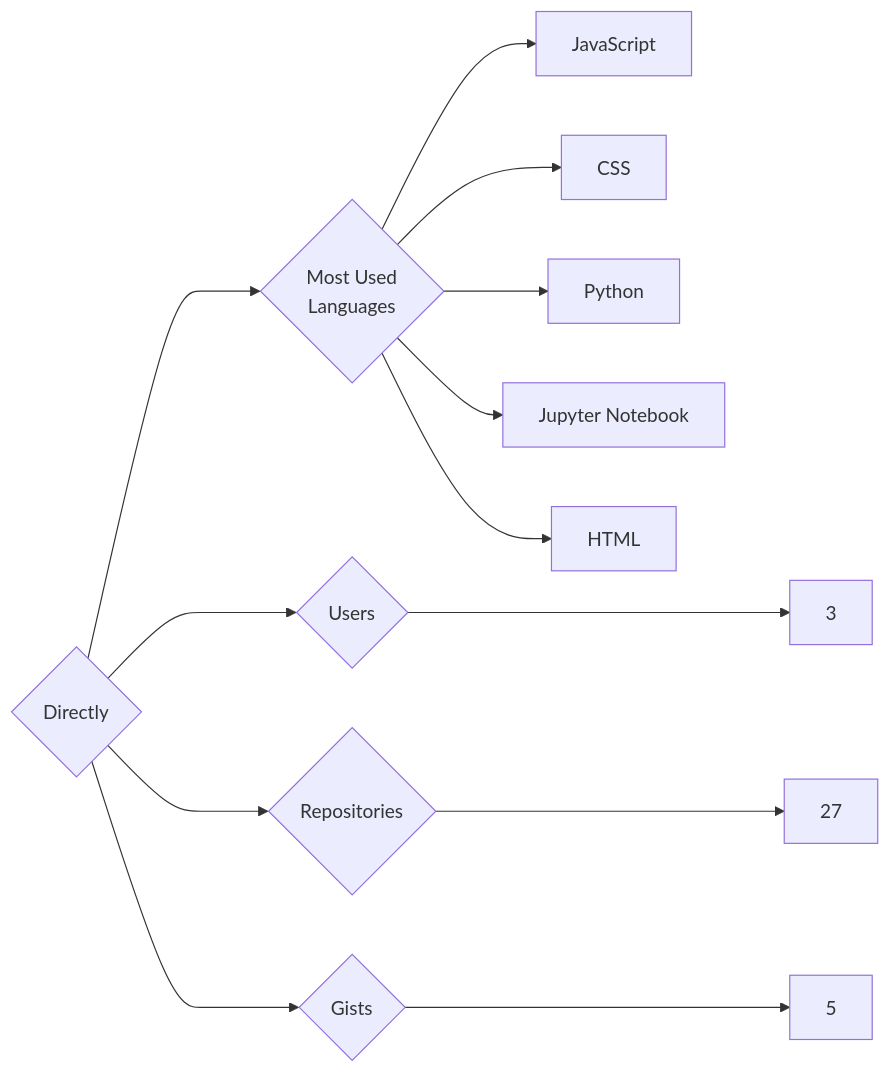
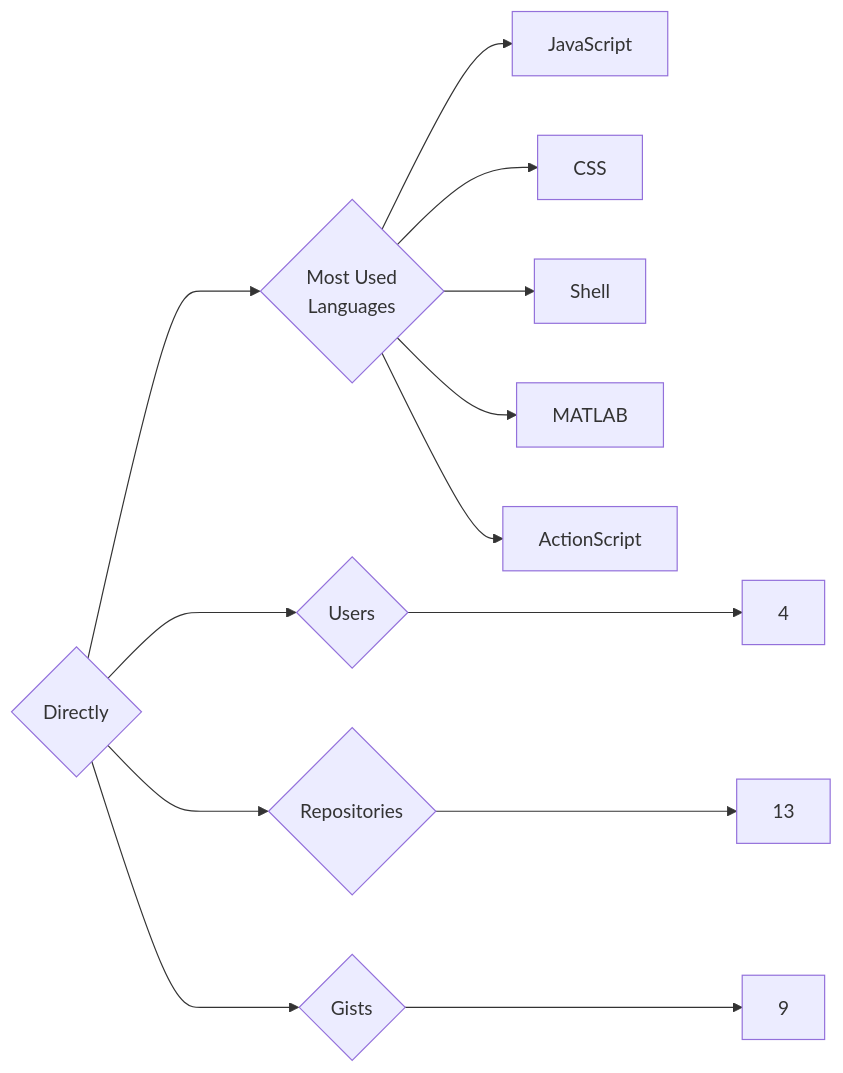
The diagram in targets/Directly/README.md (trickest/insiders), drawn with Mermaid before and after one commit. The commit also changed 1089 other files, not shown here.

````diff
--- a/targets/Directly/README.md
+++ b/targets/Directly/README.md
@@ -3,13 +3,13 @@
 ```mermaid
 graph LR
 COMPANY_NAME{Directly}
-COMPANY_NAME ---> U{Users} ---> UN[3]
-COMPANY_NAME ---> R{Repositories} ---> RN[27]
-COMPANY_NAME ---> G{Gists} ---> GN[5]
+COMPANY_NAME ---> U{Users} ---> UN[4]
+COMPANY_NAME ---> R{Repositories} ---> RN[13]
+COMPANY_NAME ---> G{Gists} ---> GN[9]
 COMPANY_NAME ---> ML{Most Used<br>Languages}
 ML --> JavaScript[JavaScript]
 ML --> CSS[CSS]
-ML --> Python[Python]
-ML --> Jupyter_Notebook[Jupyter Notebook]
-ML --> HTML[HTML]
+ML --> Shell[Shell]
+ML --> MATLAB[MATLAB]
+ML --> ActionScript[ActionScript]
 ```
````
